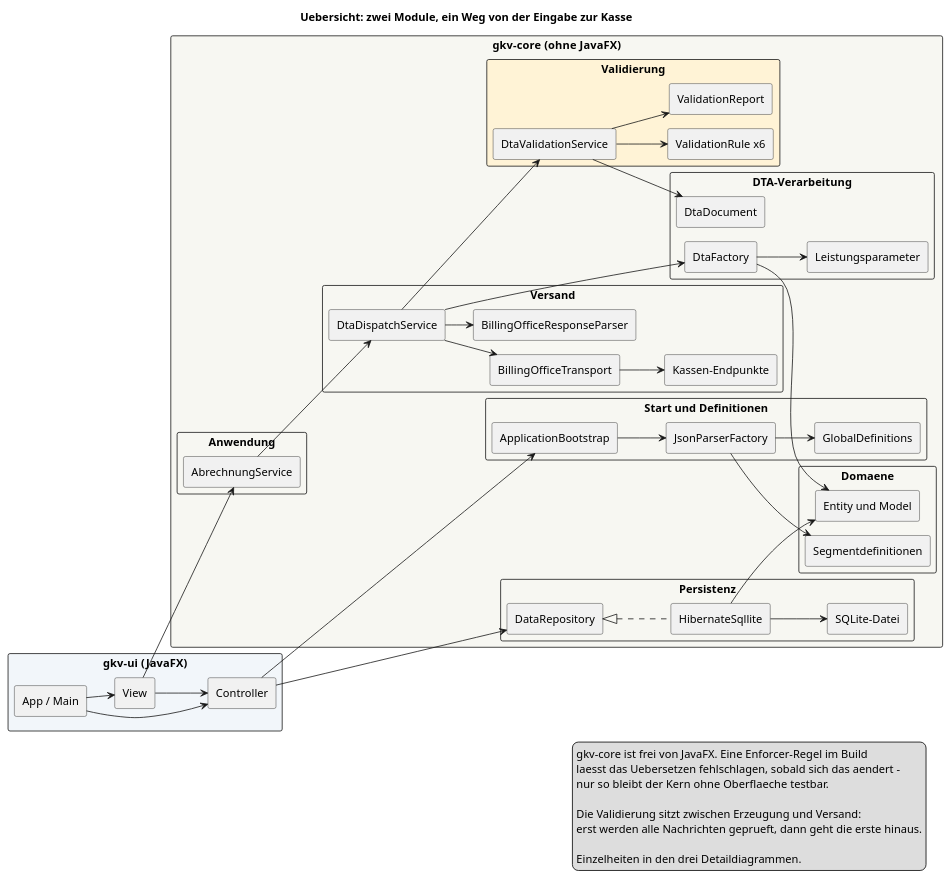
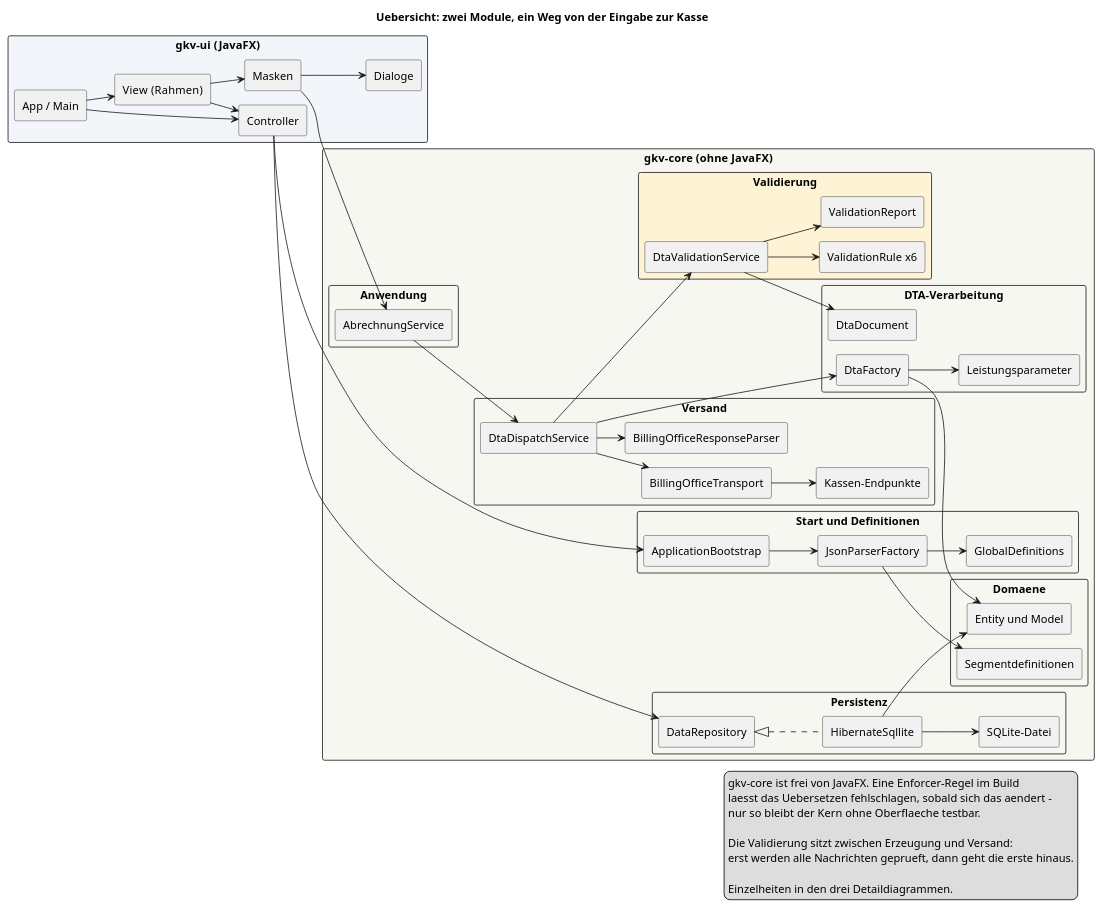
The diagram in GKVTransmitter/Information/Projektklassen.puml (Gulaschkanister/Health-insurance-claims), drawn with PlantUML before and after one commit. The commit also changed 9 other files, not shown here.

```diff
--- a/GKVTransmitter/Information/Projektklassen.puml
+++ b/GKVTransmitter/Information/Projektklassen.puml
@@ -1,93 +1,97 @@
 @startuml GKVTransmitter_Uebersicht
 !pragma layout smetana
 left to right direction
 skinparam packageStyle rectangle
 skinparam shadowing false
 skinparam linetype ortho
 skinparam componentStyle rectangle
 
 title Uebersicht: zwei Module, ein Weg von der Eingabe zur Kasse
 
 package "gkv-ui  (JavaFX)" as ui #F2F6FA {
   [App / Main]
-  [View]
+  [View  (Rahmen)]
+  [Masken]
+  [Dialoge]
   [Controller]
 }
 
 package "gkv-core  (ohne JavaFX)" as core #F7F7F2 {
 
   package "Anwendung" as application {
     [AbrechnungService]
   }
   package "Start und Definitionen" as parsing {
     [ApplicationBootstrap]
     [JsonParserFactory]
     [GlobalDefinitions]
   }
   package "Domaene" as domain {
     [Entity und Model]
     [Segmentdefinitionen]
   }
   package "DTA-Verarbeitung" as dta {
     [DtaFactory]
     [DtaDocument]
     [Leistungsparameter]
   }
   package "Validierung" as validation #FFF3D6 {
     [DtaValidationService]
     [ValidationRule x6]
     [ValidationReport]
   }
   package "Versand" as dispatch {
     [DtaDispatchService]
     [BillingOfficeTransport]
     [Kassen-Endpunkte]
     [BillingOfficeResponseParser]
   }
   package "Persistenz" as persistence {
     [DataRepository]
     [HibernateSqllite]
     [SQLite-Datei]
   }
 }
 
-[App / Main] --> [View]
+[App / Main] --> [View  (Rahmen)]
 [App / Main] --> [Controller]
-[View] --> [Controller]
-[View] --> [AbrechnungService]
+[View  (Rahmen)] --> [Controller]
+[View  (Rahmen)] --> [Masken]
+[Masken] --> [Dialoge]
+[Masken] --> [AbrechnungService]
 [Controller] --> [ApplicationBootstrap]
 [Controller] --> [DataRepository]
 
 [ApplicationBootstrap] --> [JsonParserFactory]
 [JsonParserFactory] --> [GlobalDefinitions]
 [JsonParserFactory] --> [Segmentdefinitionen]
 
 [AbrechnungService] --> [DtaDispatchService]
 [DtaDispatchService] --> [DtaFactory]
 [DtaFactory] --> [Entity und Model]
 [DtaFactory] --> [Leistungsparameter]
 
 [DtaDispatchService] --> [DtaValidationService]
 [DtaValidationService] --> [DtaDocument]
 [DtaValidationService] --> [ValidationRule x6]
 [DtaValidationService] --> [ValidationReport]
 
 [DtaDispatchService] --> [BillingOfficeTransport]
 [BillingOfficeTransport] --> [Kassen-Endpunkte]
 [DtaDispatchService] --> [BillingOfficeResponseParser]
 
 [DataRepository] <|.. [HibernateSqllite]
 [HibernateSqllite] --> [SQLite-Datei]
 [HibernateSqllite] --> [Entity und Model]
 
 legend right
   gkv-core ist frei von JavaFX. Eine Enforcer-Regel im Build
   laesst das Uebersetzen fehlschlagen, sobald sich das aendert -
   nur so bleibt der Kern ohne Oberflaeche testbar.
 
   Die Validierung sitzt zwischen Erzeugung und Versand:
   erst werden alle Nachrichten geprueft, dann geht die erste hinaus.
 
   Einzelheiten in den drei Detaildiagrammen.
 endlegend
 @enduml
```
